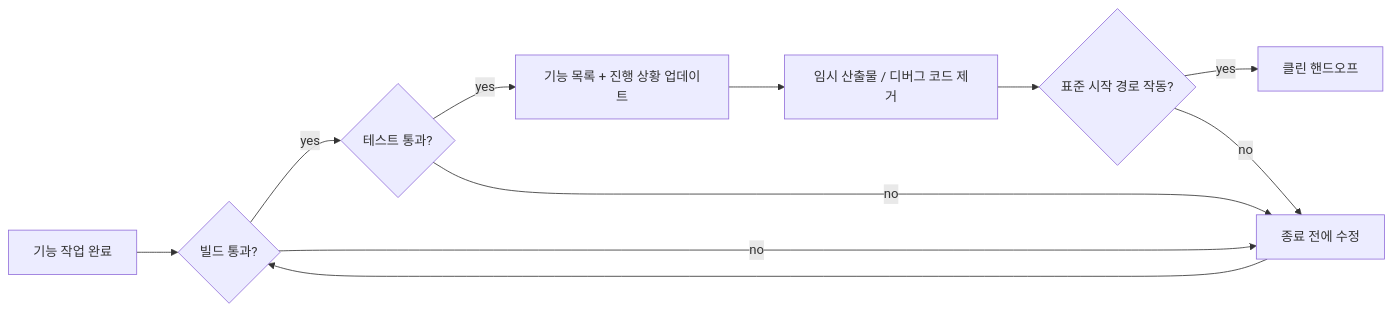
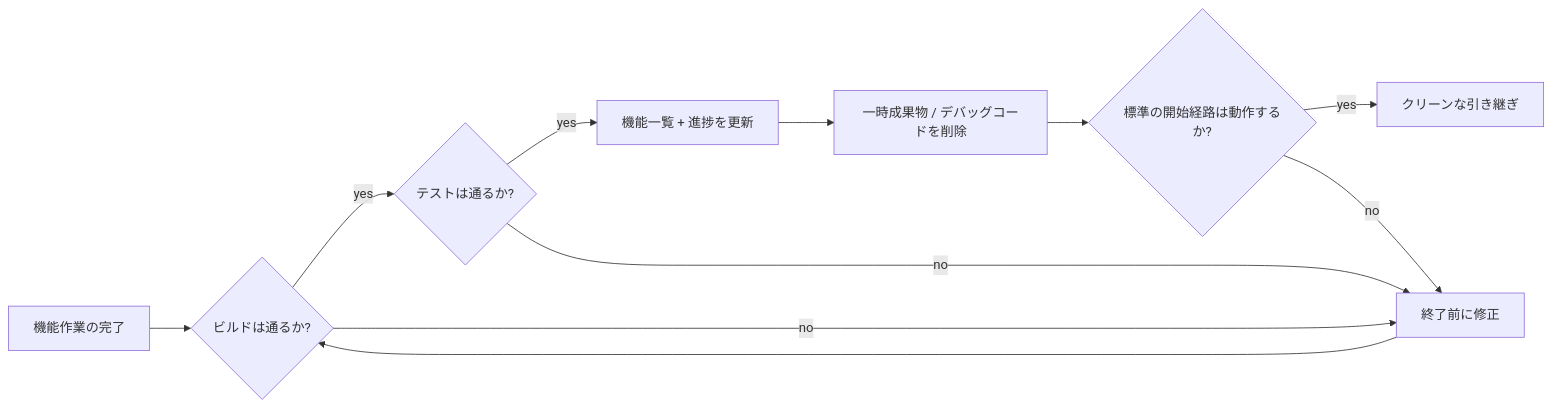
Before and after one commit to mkusaka/learn-harness-engineering: the first of 2 diagrams in docs/ko/lectures/lecture-12-why-every-session-must-leave-a-clean-state/index.md, drawn with Mermaid. The commit also changed other lines of this file and 571 other files, not shown here.

````diff
--- a/docs/ko/lectures/lecture-12-why-every-session-must-leave-a-clean-state/index.md
+++ b/docs/ko/lectures/lecture-12-why-every-session-must-leave-a-clean-state/index.md
@@ -25,13 +25,13 @@
 ```mermaid
 flowchart LR
-    Work["기능 작업 완료"] --> Build{"빌드 통과?"}
-    Build -->|yes| Test{"테스트 통과?"}
-    Build -->|no| Fix["종료 전에 수정"]
-    Test -->|yes| Record["기능 목록 + 진행 상황 업데이트"]
+    Work["機能作業の完了"] --> Build{"ビルドは通るか?"}
+    Build -->|yes| Test{"テストは通るか?"}
+    Build -->|no| Fix["終了前に修正"]
+    Test -->|yes| Record["機能一覧 + 進捗を更新"]
     Test -->|no| Fix
-    Record --> Cleanup["임시 산출물 / 디버그 코드 제거"]
-    Cleanup --> Startup{"표준 시작 경로 작동?"}
-    Startup -->|yes| Clean["클린 핸드오프"]
+    Record --> Cleanup["一時成果物 / デバッグコードを削除"]
+    Cleanup --> Startup{"標準の開始経路は動作するか?"}
+    Startup -->|yes| Clean["クリーンな引き継ぎ"]
     Startup -->|no| Fix
     Fix --> Build
 ```
````
